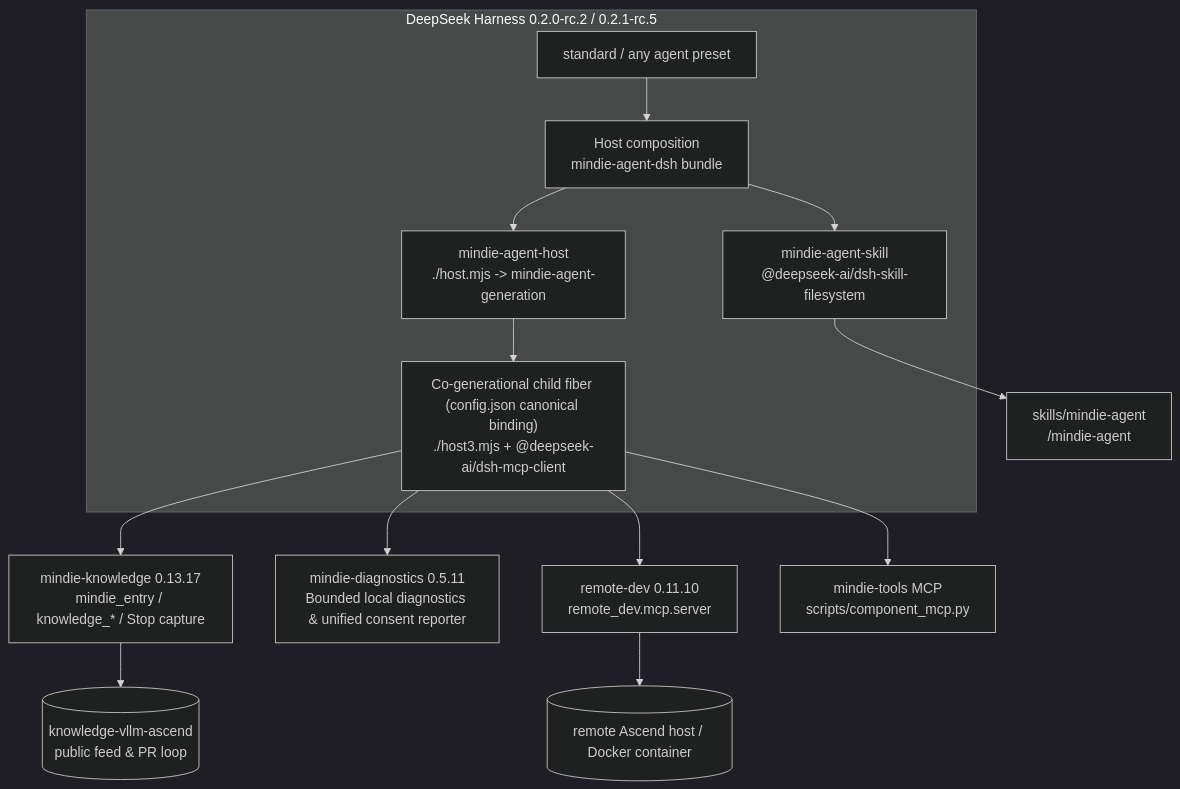
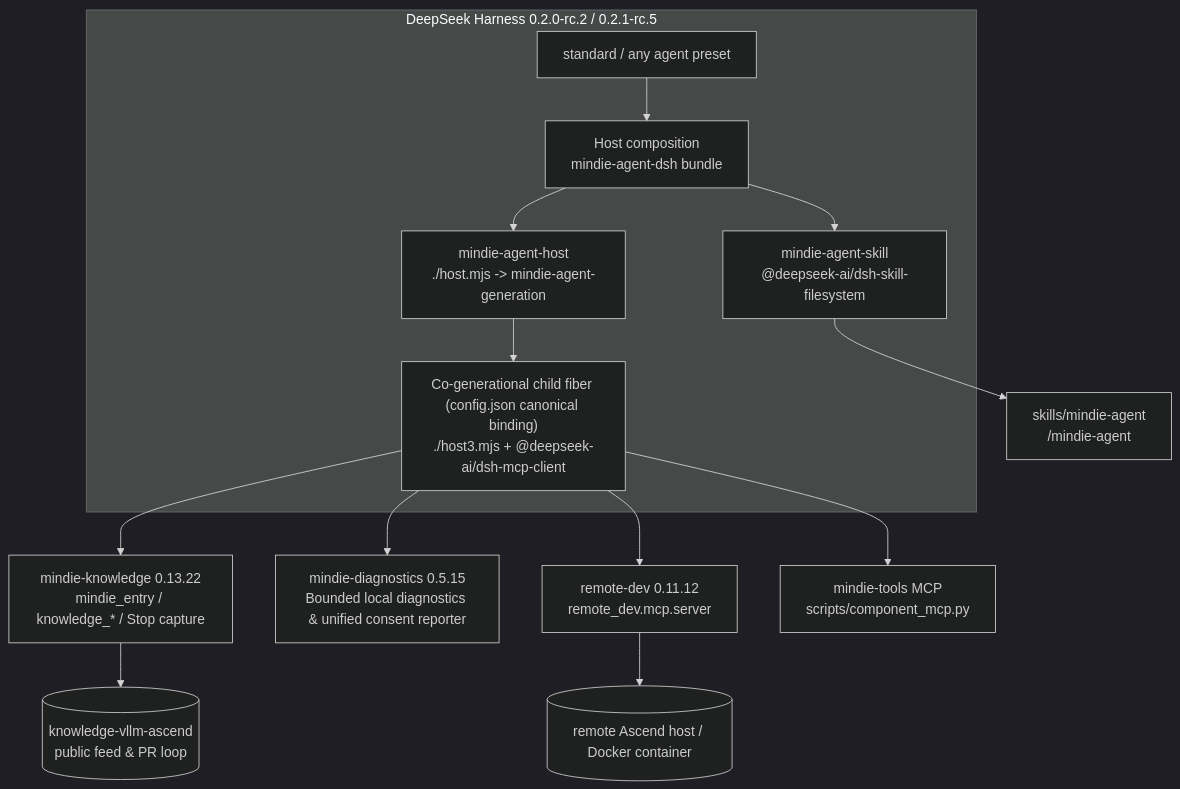
The diagram in README.en.md (mindie-agent/mindie-agent-dsh), drawn with Mermaid (dark theme) before and after one commit. The commit also changed other lines of this file and 33 other files, not shown here.

````diff
--- a/README.en.md
+++ b/README.en.md
@@ -168,21 +168,21 @@
 ```mermaid
 flowchart TB
   subgraph DSH["DeepSeek Harness 0.2.0-rc.2 / 0.2.1-rc.5"]
     HOST["Host composition<br/>mindie-agent-dsh bundle"]
     STD["standard / any agent preset"]
     SKILL["mindie-agent-skill<br/>@deepseek-ai/dsh-skill-filesystem"]
     HPLUG["mindie-agent-host<br/>./host.mjs -> mindie-agent-generation"]
     GEN["Co-generational child fiber (config.json canonical binding)<br/>./host3.mjs + @deepseek-ai/dsh-mcp-client"]
     STD --> HOST
     HOST --> SKILL
     HOST --> HPLUG
     HPLUG --> GEN
   end
   SKILL --> SK["skills/mindie-agent<br/>/mindie-agent"]
-  GEN --> KS["mindie-knowledge 0.13.17<br/>mindie_entry / knowledge_* / Stop capture"]
-  GEN --> DIAG["mindie-diagnostics 0.5.11<br/>Bounded local diagnostics & unified consent reporter"]
+  GEN --> KS["mindie-knowledge 0.13.22<br/>mindie_entry / knowledge_* / Stop capture"]
+  GEN --> DIAG["mindie-diagnostics 0.5.15<br/>Bounded local diagnostics & unified consent reporter"]
   KS --> FEED[("knowledge-vllm-ascend<br/>public feed & PR loop")]
-  GEN --> RD["remote-dev 0.11.10<br/>remote_dev.mcp.server"]
+  GEN --> RD["remote-dev 0.11.12<br/>remote_dev.mcp.server"]
   GEN --> MT["mindie-tools MCP<br/>scripts/component_mcp.py"]
   RD --> NPU[("remote Ascend host / Docker container")]
 ```
````
